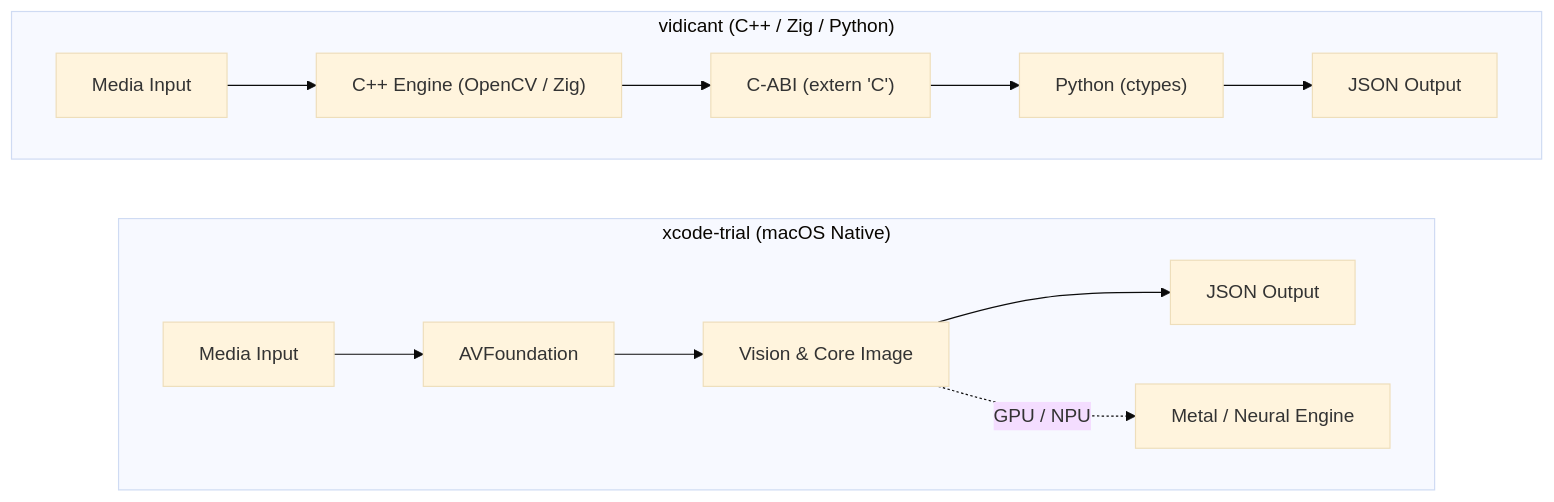
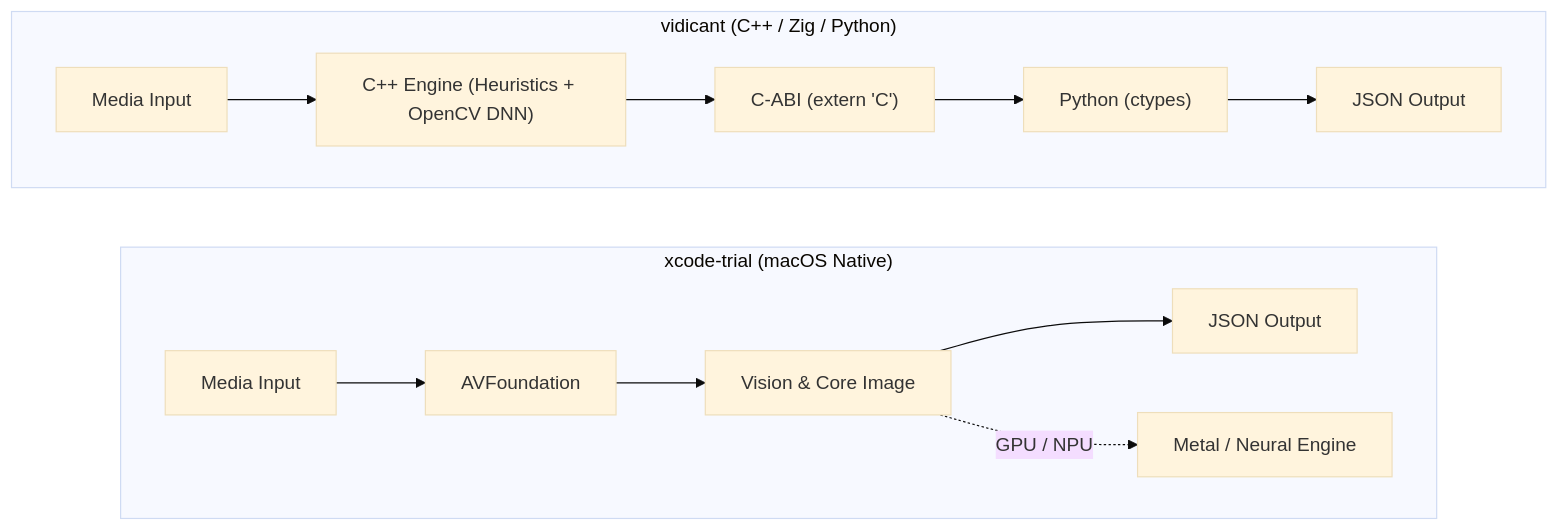
The diagram in site/content/deep-dives/video-analysis.md (huangsam/systology), drawn with Mermaid (base theme) before and after one commit. The commit also changed other lines of this file and 1 other file, not shown here.

```diff
--- a/site/content/deep-dives/video-analysis.md
+++ b/site/content/deep-dives/video-analysis.md
@@ -37,13 +37,13 @@
 {{< mermaid >}}
 graph LR
     subgraph AppleNative["xcode-trial (macOS Native)"]
         direction LR
         A1["Media Input"] --> A2["AVFoundation"] --> A3["Vision & Core Image"] --> A4["JSON Output"]
         A3 -. GPU / NPU .-> A5["Metal / Neural Engine"]
     end
 
     subgraph CrossPlatform["vidicant (C++ / Zig / Python)"]
         direction LR
-        B1["Media Input"] --> B2["C++ Engine (OpenCV / Zig)"] --> B3["C-ABI (extern 'C')"] --> B4["Python (ctypes)"] --> B5["JSON Output"]
+        B1["Media Input"] --> B2["C++ Engine (Heuristics + OpenCV DNN)"] --> B3["C-ABI (extern 'C')"] --> B4["Python (ctypes)"] --> B5["JSON Output"]
     end
 {{< /mermaid >}}
```
